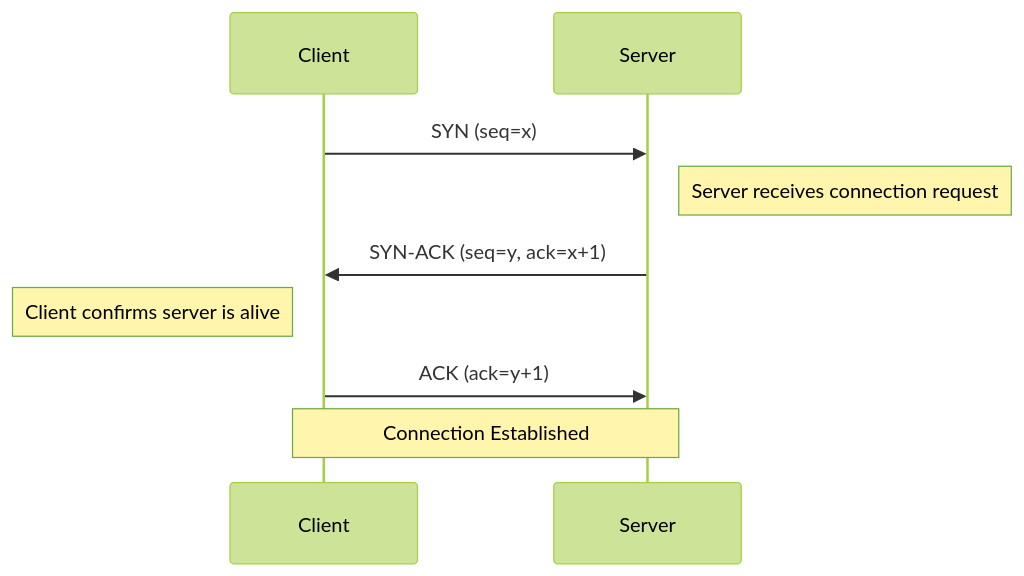
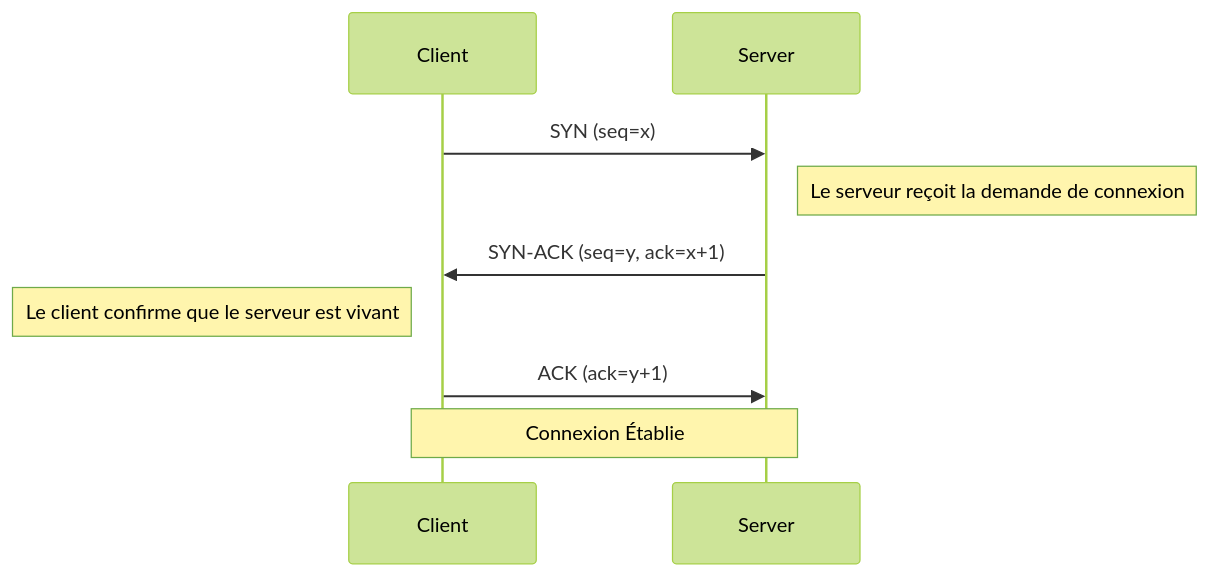
One commit to VBlackJack/ShellBook changed the first of 2 diagrams in docs/concepts/web-flow.md. Above: the diagram before and after it, drawn with Mermaid (forest theme). The commit also changed other lines of this file and 24 other files, not shown here.

````diff
--- a/docs/concepts/web-flow.md
+++ b/docs/concepts/web-flow.md
@@ -56,12 +56,12 @@
 ```mermaid
 sequenceDiagram
     participant C as Client
     participant S as Server
 
     C->>S: SYN (seq=x)
-    Note right of S: Server receives connection request
+    Note right of S: Le serveur reçoit la demande de connexion
     S->>C: SYN-ACK (seq=y, ack=x+1)
-    Note left of C: Client confirms server is alive
+    Note left of C: Le client confirme que le serveur est vivant
     C->>S: ACK (ack=y+1)
-    Note over C,S: Connection Established
+    Note over C,S: Connexion Établie
 ```
````
